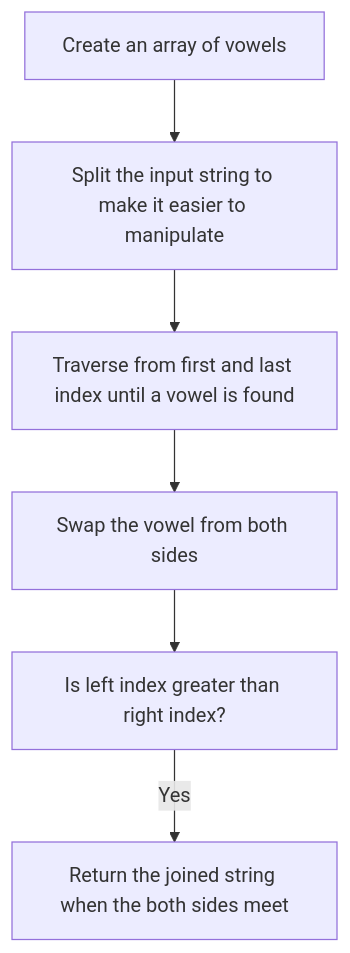
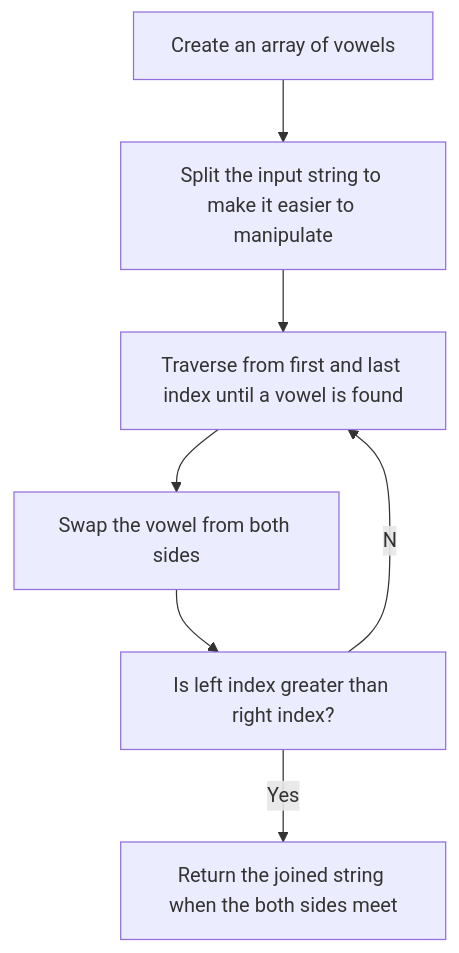
The diagram in Warmup/Reverse Vowels/README.md (damarbm30/competitive-programming), drawn with Mermaid before and after one commit.

````diff
--- a/Warmup/Reverse Vowels/README.md
+++ b/Warmup/Reverse Vowels/README.md
@@ -5,9 +5,10 @@
 ```mermaid
 graph TB;
     A[Create an array of vowels]-->B[Split the input string to make it easier to manipulate];
     B-->C[Traverse from first and last index until a vowel is found];
     C-->D[Swap the vowel from both sides];
     D-->E[Is left index greater than right index?];
     E--Yes-->F[Return the joined string when the both sides meet];
+    E--No-->C
    
 ```
````
